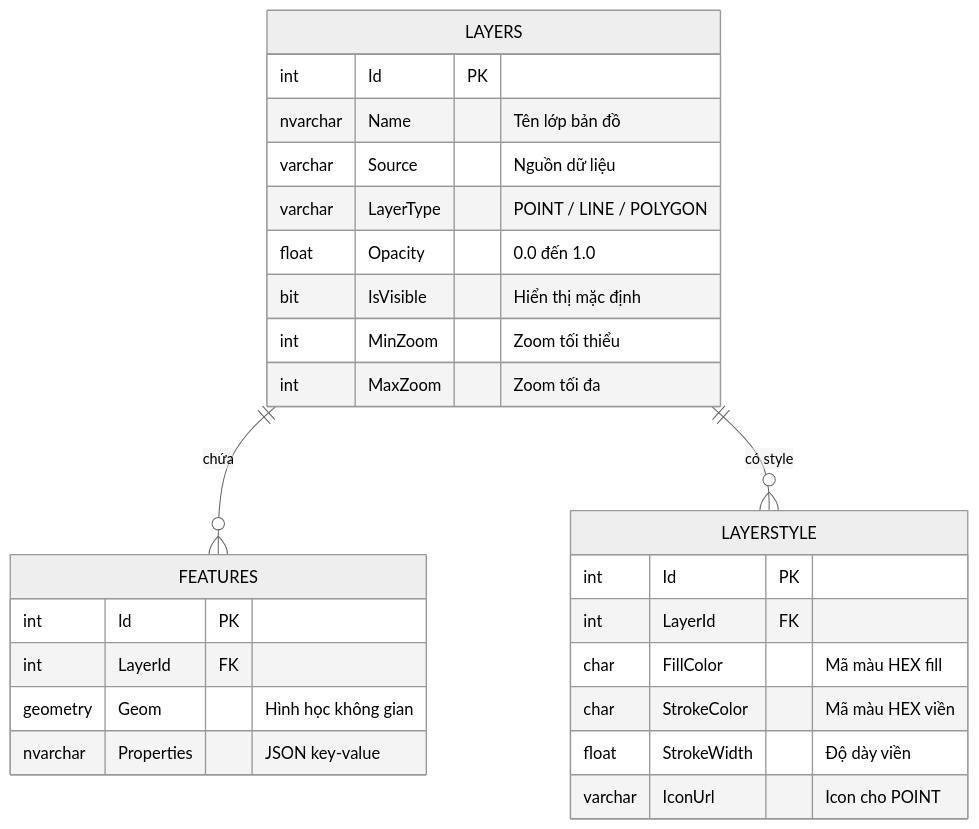
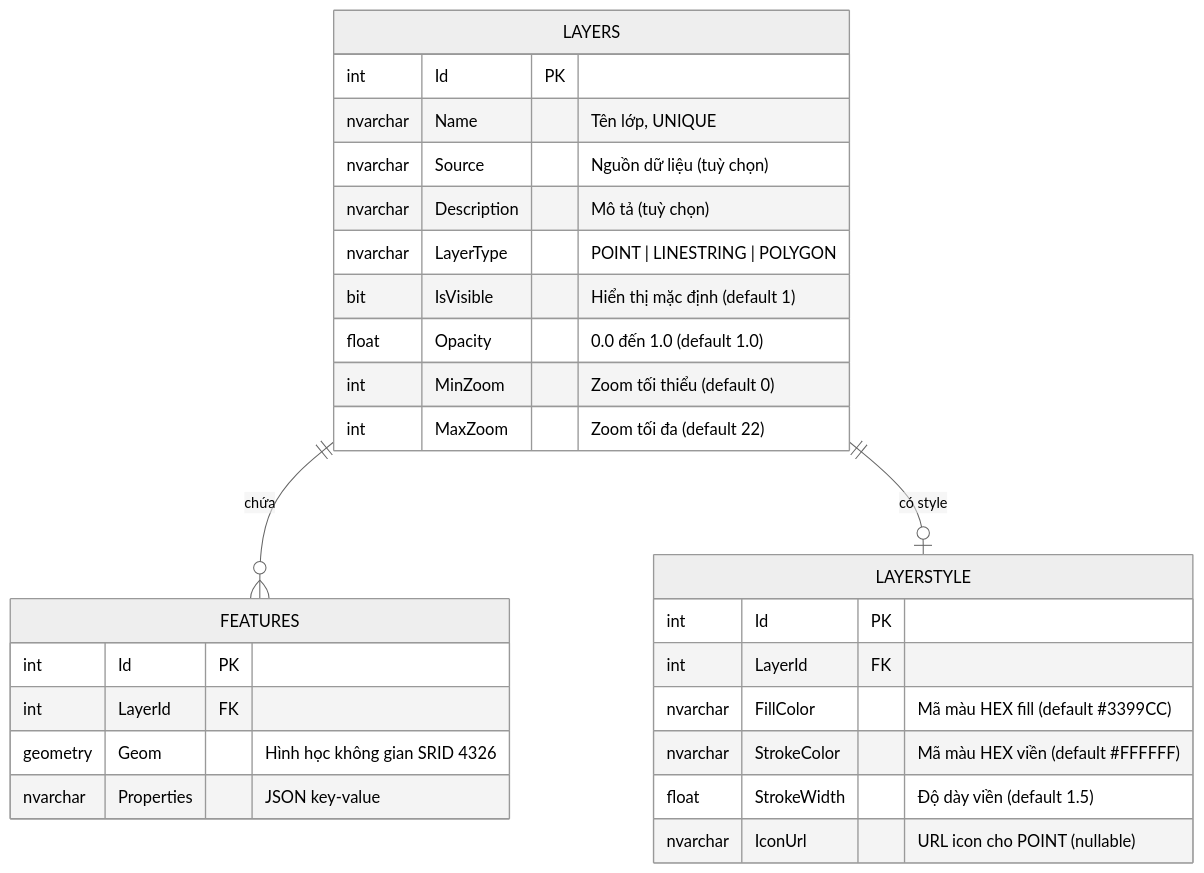
The diagram in gServer_Introduction/docs/database.md (giangvanhung/gServer_0.0.1), drawn with Mermaid (neutral theme) before and after one commit. The commit also changed other lines of this file and 91 other files, not shown here.

````diff
--- a/gServer_Introduction/docs/database.md
+++ b/gServer_Introduction/docs/database.md
@@ -5,32 +5,33 @@
 ```mermaid
 erDiagram
     LAYERS ||--o{ FEATURES : "chứa"
-    LAYERS ||--o{ LAYERSTYLE : "có style"
+    LAYERS ||--o| LAYERSTYLE : "có style"
 
     LAYERS {
         int Id PK
-        nvarchar Name "Tên lớp bản đồ"
-        varchar Source "Nguồn dữ liệu"
-        varchar LayerType "POINT / LINE / POLYGON"
-        float Opacity "0.0 đến 1.0"
-        bit IsVisible "Hiển thị mặc định"
-        int MinZoom "Zoom tối thiểu"
-        int MaxZoom "Zoom tối đa"
+        nvarchar Name "Tên lớp, UNIQUE"
+        nvarchar Source "Nguồn dữ liệu (tuỳ chọn)"
+        nvarchar Description "Mô tả (tuỳ chọn)"
+        nvarchar LayerType "POINT | LINESTRING | POLYGON"
+        bit IsVisible "Hiển thị mặc định (default 1)"
+        float Opacity "0.0 đến 1.0 (default 1.0)"
+        int MinZoom "Zoom tối thiểu (default 0)"
+        int MaxZoom "Zoom tối đa (default 22)"
     }
 
     FEATURES {
         int Id PK
         int LayerId FK
-        geometry Geom "Hình học không gian"
+        geometry Geom "Hình học không gian SRID 4326"
         nvarchar Properties "JSON key-value"
     }
 
     LAYERSTYLE {
         int Id PK
         int LayerId FK
-        char FillColor "Mã màu HEX fill"
-        char StrokeColor "Mã màu HEX viền"
-        float StrokeWidth "Độ dày viền"
-        varchar IconUrl "Icon cho POINT"
+        nvarchar FillColor "Mã màu HEX fill (default #3399CC)"
+        nvarchar StrokeColor "Mã màu HEX viền (default #FFFFFF)"
+        float StrokeWidth "Độ dày viền (default 1.5)"
+        nvarchar IconUrl "URL icon cho POINT (nullable)"
     }
 ```
````
